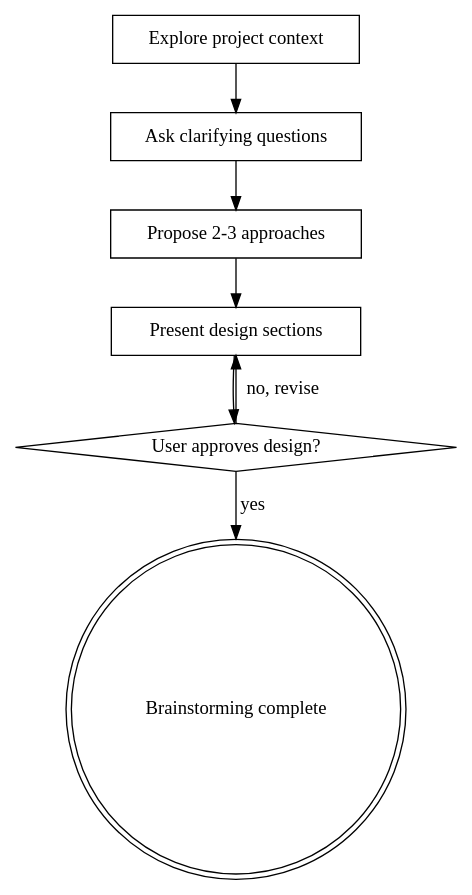
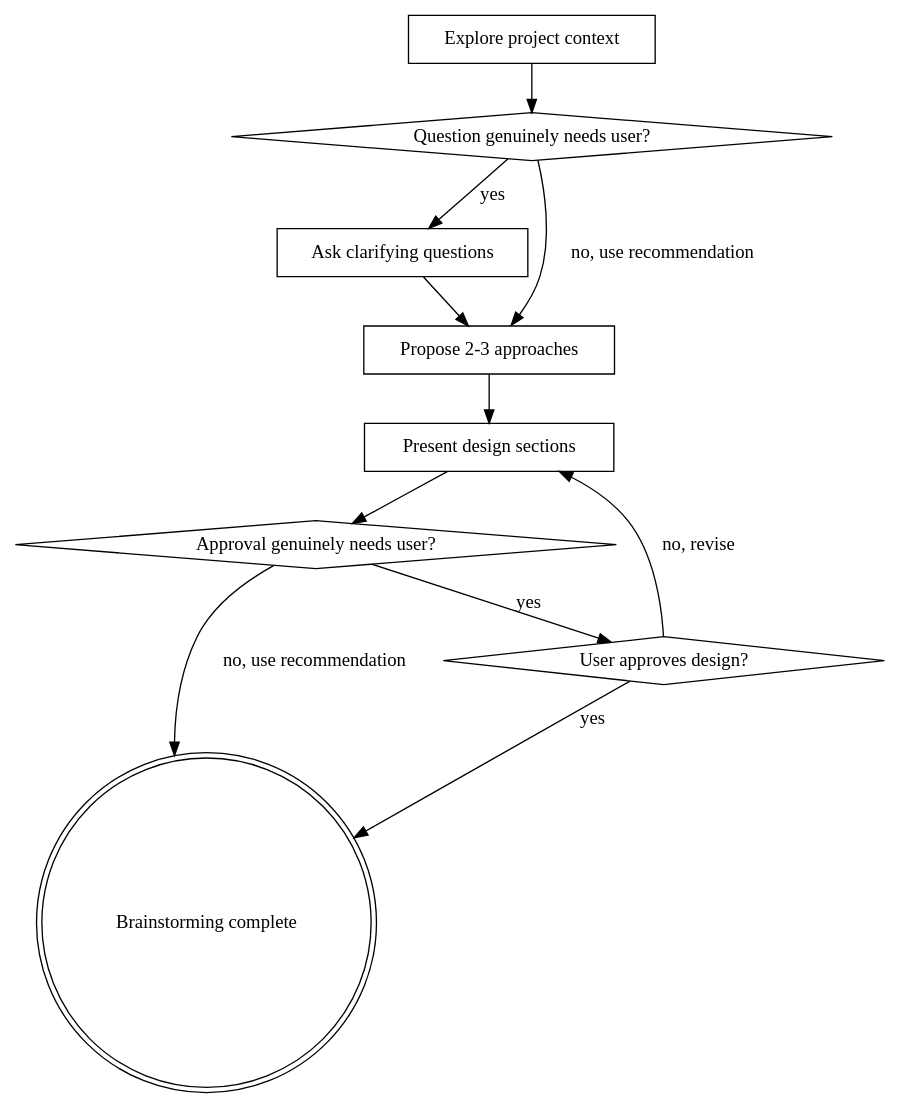
Before and after one commit to dineway/dineway-skills: the diagram in skills/dineway-brainstorming/SKILL.md, drawn with Graphviz. The commit also changed other lines of this file and 3 other files, not shown here.

Commit message:
feat: clarify brainstorming approval gates

````diff
--- a/skills/dineway-brainstorming/SKILL.md
+++ b/skills/dineway-brainstorming/SKILL.md
@@ -33,17 +33,23 @@
 ```dot
 digraph dineway_brainstorming {
     "Explore project context" [shape=box];
+    "Question genuinely needs user?" [shape=diamond];
     "Ask clarifying questions" [shape=box];
     "Propose 2-3 approaches" [shape=box];
     "Present design sections" [shape=box];
+    "Approval genuinely needs user?" [shape=diamond];
     "User approves design?" [shape=diamond];
     "Brainstorming complete" [shape=doublecircle];
 
-    "Explore project context" -> "Ask clarifying questions";
+    "Explore project context" -> "Question genuinely needs user?";
+    "Question genuinely needs user?" -> "Propose 2-3 approaches" [label="no, use recommendation"];
+    "Question genuinely needs user?" -> "Ask clarifying questions" [label="yes"];
     "Ask clarifying questions" -> "Propose 2-3 approaches";
     "Propose 2-3 approaches" -> "Present design sections";
-    "Present design sections" -> "User approves design?";
+    "Present design sections" -> "Approval genuinely needs user?";
+    "Approval genuinely needs user?" -> "Brainstorming complete" [label="no, use recommendation"];
+    "Approval genuinely needs user?" -> "User approves design?" [label="yes"];
     "User approves design?" -> "Present design sections" [label="no, revise"];
     "User approves design?" -> "Brainstorming complete" [label="yes"];
 }
 ```
````
